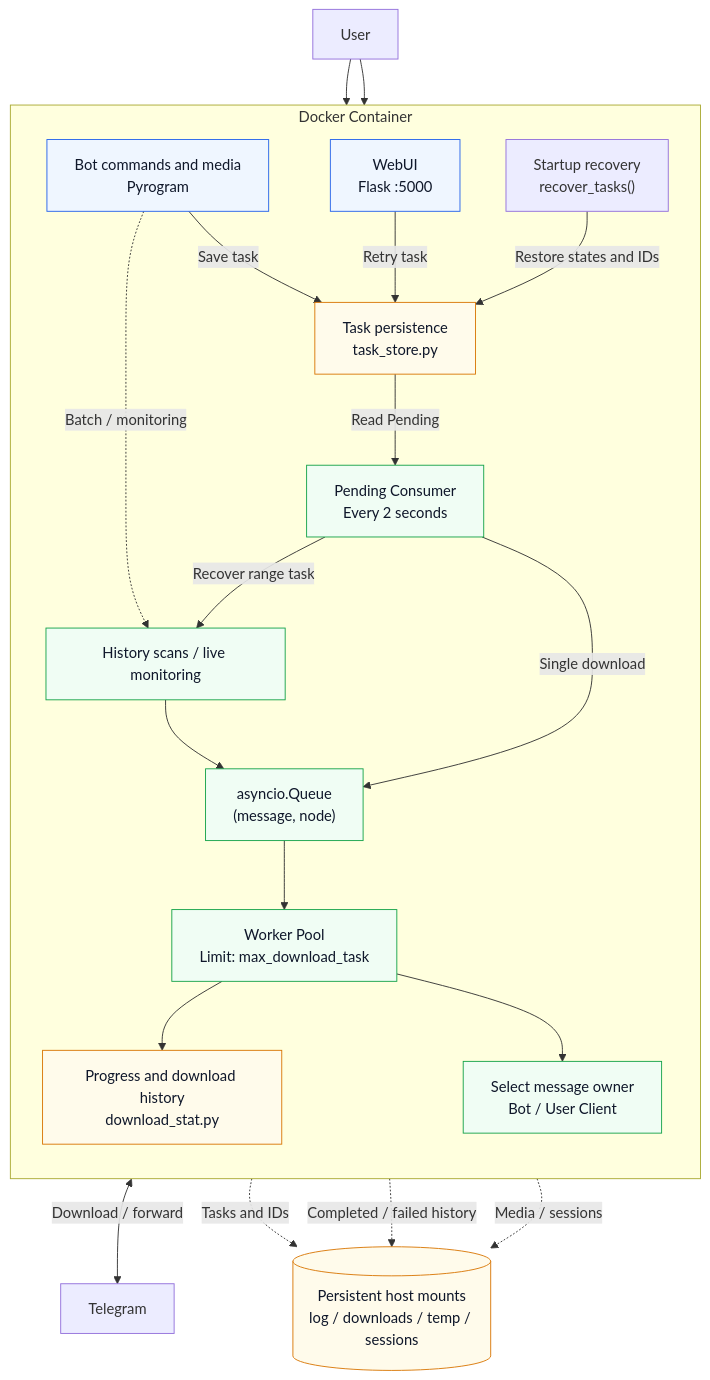
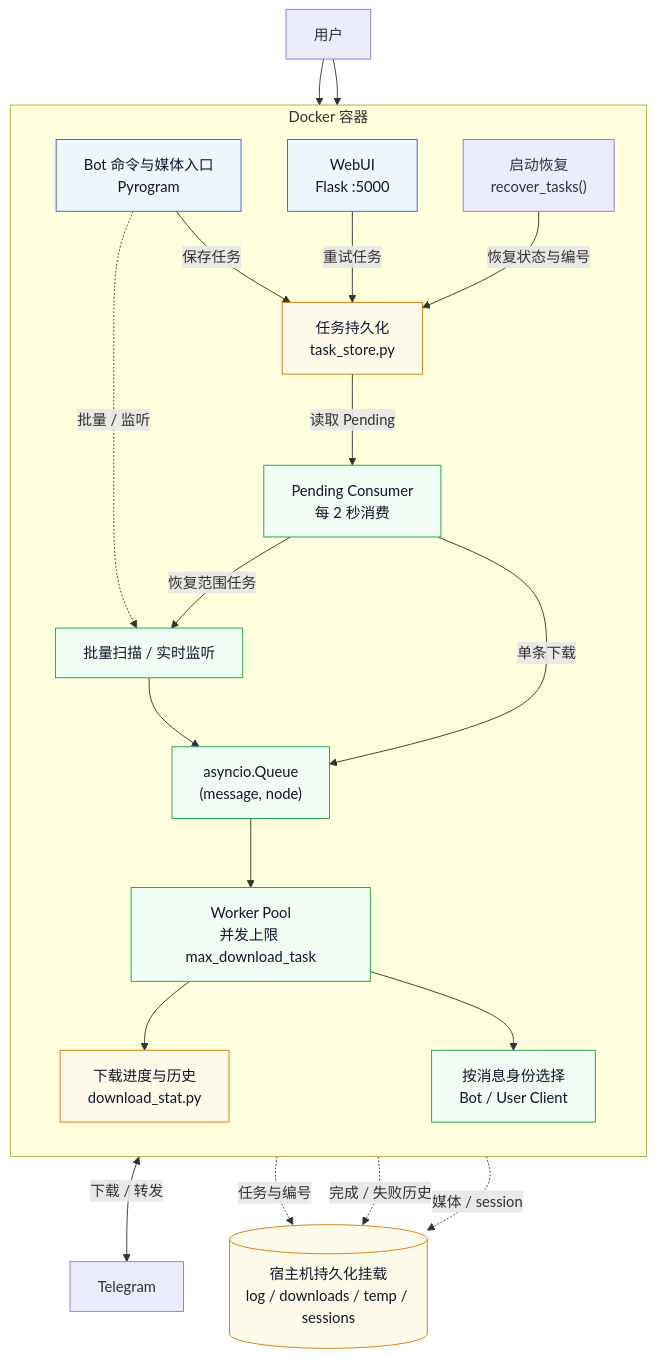
One commit to smilekevin/TGPorter changed the first of 2 diagrams in README_CN.md. Above: the diagram before and after it, drawn with Mermaid. The commit also changed other lines of this file and 1 other file, not shown here.

Commit message:
docs: reorganize bilingual READMEs and simplify Docker guidance

````diff
--- a/README_CN.md
+++ b/README_CN.md
@@ -144,46 +317,46 @@
 ```mermaid
 flowchart TB
-    User["User"]
+    User["用户"]
     Telegram["Telegram"]
 
-    subgraph Container["Docker Container"]
+    subgraph Container["Docker 容器"]
         direction TB
-        Bot["Bot commands and media<br/>Pyrogram"]
+        Bot["Bot 命令与媒体入口<br/>Pyrogram"]
         Web["WebUI<br/>Flask :5000"]
-        Store["Task persistence<br/>task_store.py"]
-        Recovery["Startup recovery<br/>recover_tasks()"]
-        Consumer["Pending Consumer<br/>Every 2 seconds"]
-        Scan["History scans / live monitoring"]
+        Store["任务持久化<br/>task_store.py"]
+        Recovery["启动恢复<br/>recover_tasks()"]
+        Consumer["Pending Consumer<br/>每 2 秒消费"]
+        Scan["批量扫描 / 实时监听"]
         Queue["asyncio.Queue<br/>(message, node)"]
-        Workers["Worker Pool<br/>Limit: max_download_task"]
-        Clients["Select message owner<br/>Bot / User Client"]
-        Stats["Progress and download history<br/>download_stat.py"]
+        Workers["Worker Pool<br/>并发上限 max_download_task"]
+        Clients["按消息身份选择<br/>Bot / User Client"]
+        Stats["下载进度与历史<br/>download_stat.py"]
     end
 
-    Data[("Persistent host mounts<br/>log / downloads / temp / sessions")]
+    Data[("宿主机持久化挂载<br/>log / downloads / temp / sessions")]
 
     User --> Bot
     User --> Web
-    Bot -->|Save task| Store
-    Web -->|Retry task| Store
-    Recovery -->|Restore states and IDs| Store
-    Store -->|Read Pending| Consumer
-    Consumer -->|Single download| Queue
-    Consumer -->|Recover range task| Scan
-    Bot -.->|Batch / monitoring| Scan
+    Bot -->|保存任务| Store
+    Web -->|重试任务| Store
+    Recovery -->|恢复状态与编号| Store
+    Store -->|读取 Pending| Consumer
+    Consumer -->|单条下载| Queue
+    Consumer -->|恢复范围任务| Scan
+    Bot -.->|批量 / 监听| Scan
     Scan --> Queue
     Queue --> Workers
     Workers --> Clients
-    Clients <-->|Download / forward| Telegram
+    Clients <-->|下载 / 转发| Telegram
     Workers --> Stats
-    Store -.->|Tasks and IDs| Data
-    Stats -.->|Completed / failed history| Data
-    Clients -.->|Media / sessions| Data
+    Store -.->|任务与编号| Data
+    Stats -.->|完成 / 失败历史| Data
+    Clients -.->|媒体 / session| Data
 
     classDef entry fill:#eff6ff,stroke:#2563eb,color:#0f172a
     classDef pipeline fill:#f0fdf4,stroke:#16a34a,color:#0f172a
     classDef storage fill:#fffbeb,stroke:#d97706,color:#0f172a
     class Bot,Web entry
     class Consumer,Scan,Queue,Workers,Clients pipeline
     class Store,Stats,Data storage
 ```
````
